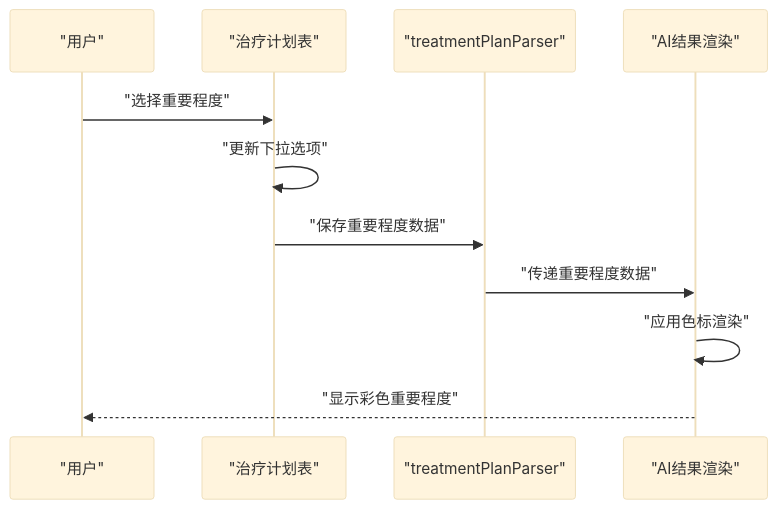
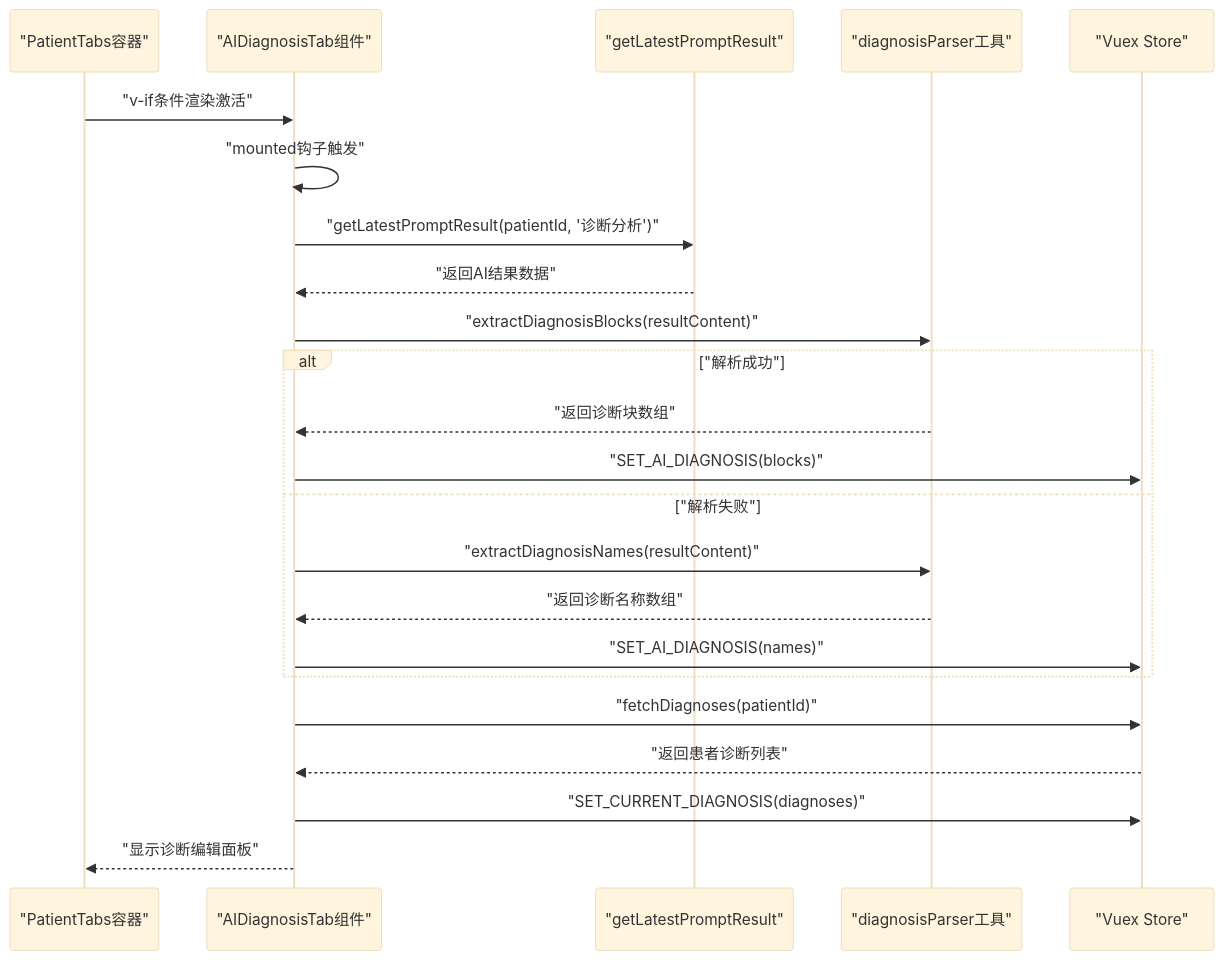
The third of 29 diagrams in .qoder/repowiki/zh/content/核心功能模块/AI诊断辅助系统.md (liuzh2008/med_ai_assistant_workspace), drawn with Mermaid (base theme) before and after one commit. The commit also changed other lines of this file and 9 other files, not shown here.

````diff
--- a/.qoder/repowiki/zh/content/核心功能模块/AI诊断辅助系统.md
+++ b/.qoder/repowiki/zh/content/核心功能模块/AI诊断辅助系统.md
@@ -459,13 +440,25 @@
 ```mermaid
 sequenceDiagram
-participant User as "用户"
-participant TreatmentPlan as "治疗计划表"
-participant Parser as "treatmentPlanParser"
-participant Renderer as "AI结果渲染"
-User->>TreatmentPlan : "选择重要程度"
-TreatmentPlan->>TreatmentPlan : "更新下拉选项"
-TreatmentPlan->>Parser : "保存重要程度数据"
-Parser->>Renderer : "传递重要程度数据"
-Renderer->>Renderer : "应用色标渲染"
-Renderer-->>User : "显示彩色重要程度"
+participant PatientTabs as "PatientTabs容器"
+participant AIDiagnosisTab as "AIDiagnosisTab组件"
+participant API as "getLatestPromptResult"
+participant Parser as "diagnosisParser工具"
+participant Store as "Vuex Store"
+PatientTabs->>AIDiagnosisTab : "v-if条件渲染激活"
+AIDiagnosisTab->>AIDiagnosisTab : "mounted钩子触发"
+AIDiagnosisTab->>API : "getLatestPromptResult(patientId, '诊断分析')"
+API-->>AIDiagnosisTab : "返回AI结果数据"
+AIDiagnosisTab->>Parser : "extractDiagnosisBlocks(resultContent)"
+alt "解析成功"
+Parser-->>AIDiagnosisTab : "返回诊断块数组"
+AIDiagnosisTab->>Store : "SET_AI_DIAGNOSIS(blocks)"
+else "解析失败"
+AIDiagnosisTab->>Parser : "extractDiagnosisNames(resultContent)"
+Parser-->>AIDiagnosisTab : "返回诊断名称数组"
+AIDiagnosisTab->>Store : "SET_AI_DIAGNOSIS(names)"
+end
+AIDiagnosisTab->>Store : "fetchDiagnoses(patientId)"
+Store-->>AIDiagnosisTab : "返回患者诊断列表"
+AIDiagnosisTab->>Store : "SET_CURRENT_DIAGNOSIS(diagnoses)"
+AIDiagnosisTab-->>PatientTabs : "显示诊断编辑面板"
 ```
````
